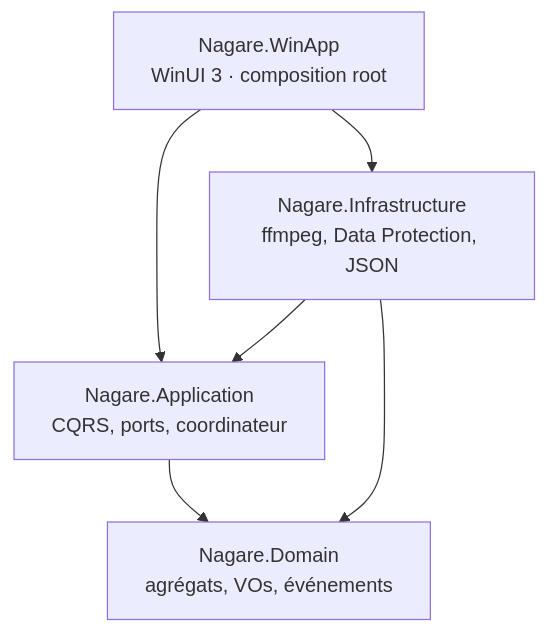
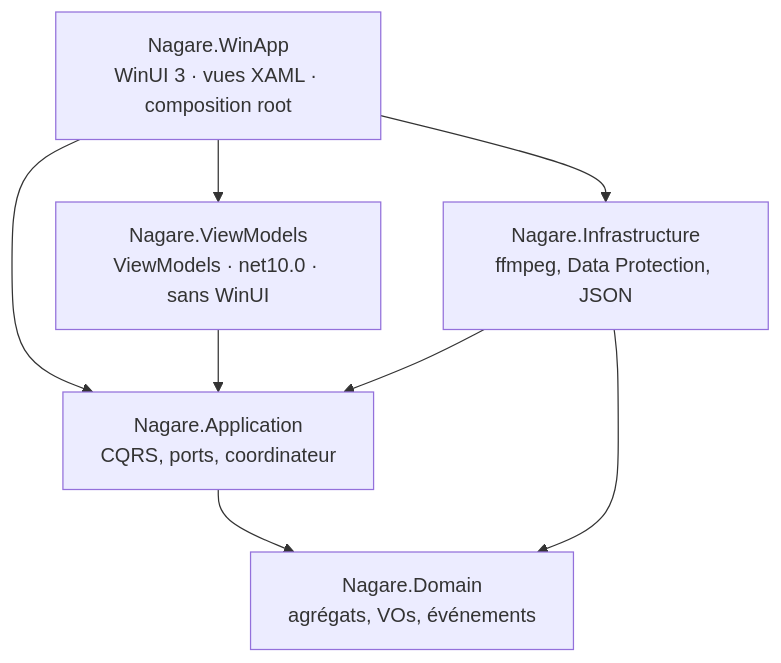
The diagram in README.md (oliver254/Nagare), drawn with Mermaid before and after one commit. The commit also changed other lines of this file and 17 other files, not shown here.

````diff
--- a/README.md
+++ b/README.md
@@ -61,8 +69,10 @@
 ```mermaid
 graph TD
-    WinApp["Nagare.WinApp<br/>WinUI 3 · composition root"] --> App["Nagare.Application<br/>CQRS, ports, coordinateur"]
+    WinApp["Nagare.WinApp<br/>WinUI 3 · vues XAML · composition root"] --> Vm["Nagare.ViewModels<br/>ViewModels · net10.0 · sans WinUI"]
+    WinApp --> App["Nagare.Application<br/>CQRS, ports, coordinateur"]
     WinApp --> Infra["Nagare.Infrastructure<br/>ffmpeg, Data Protection, JSON"]
+    Vm --> App
     Infra --> App
     App --> Dom["Nagare.Domain<br/>agrégats, VOs, événements"]
     Infra --> Dom
 ```
````
